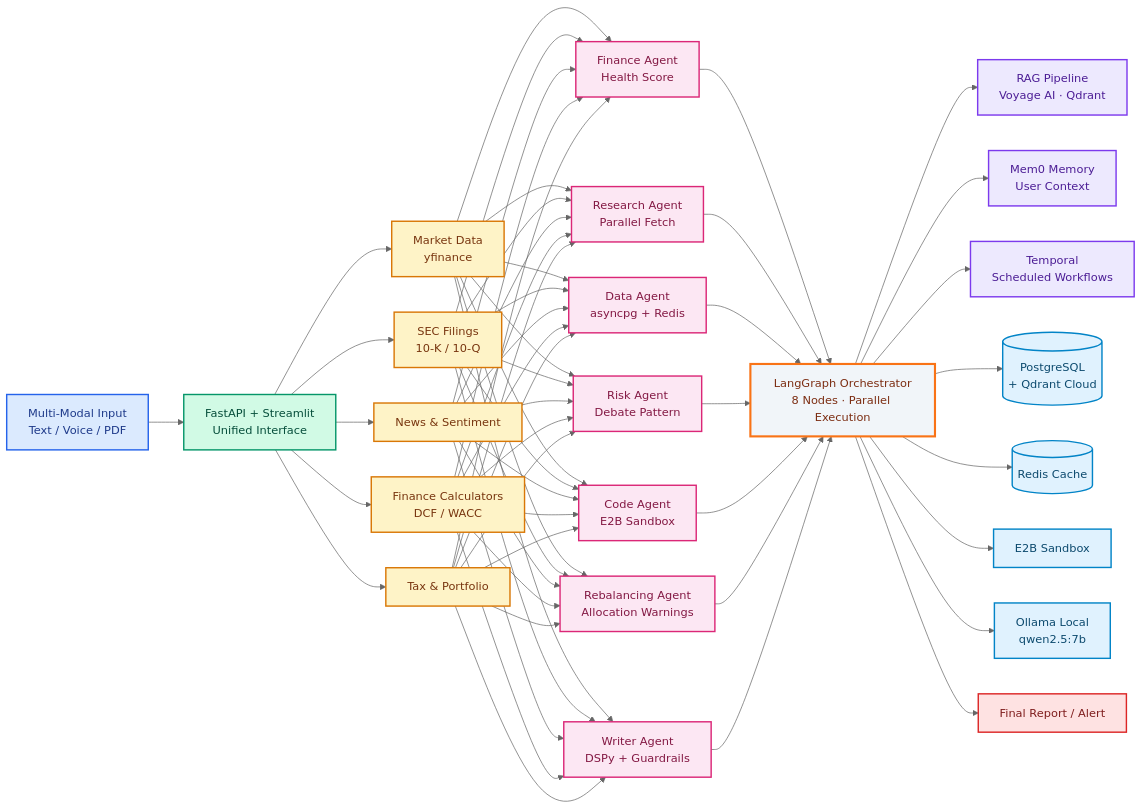
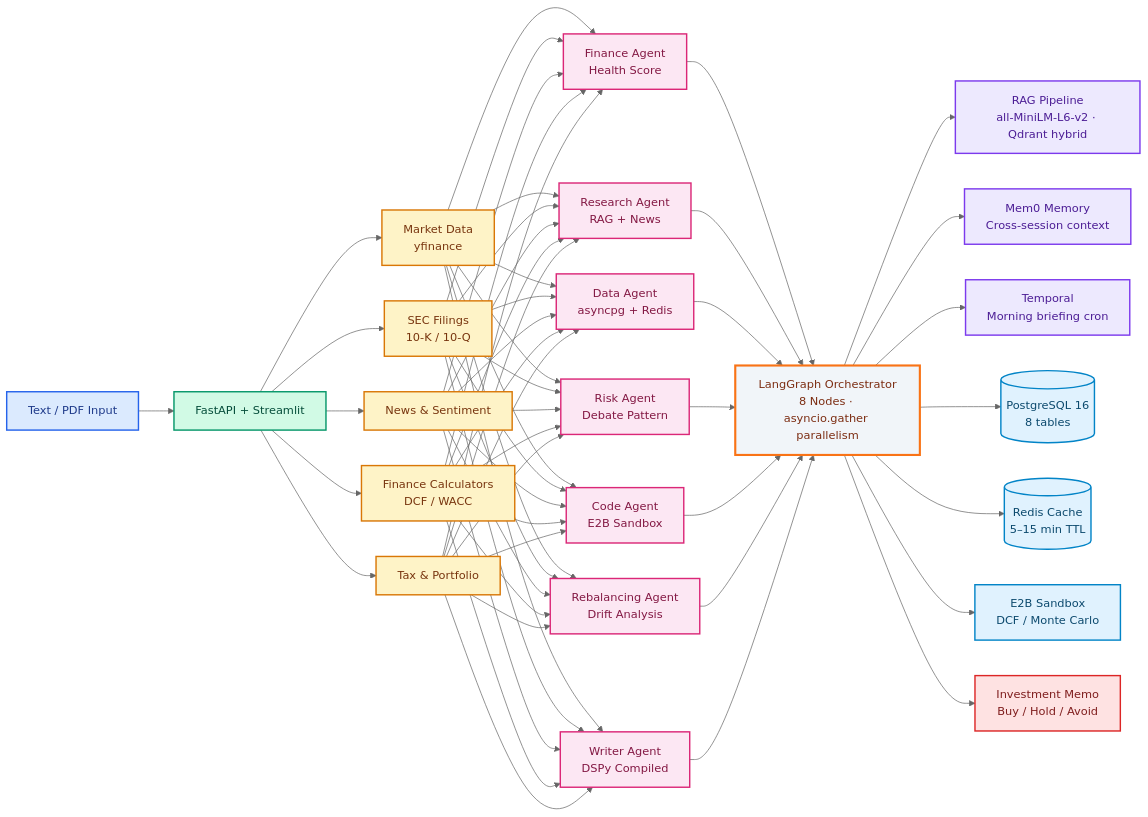
The diagram in README.md (AmanDataGuy/WealthOS), drawn with Mermaid (neutral theme) before and after one commit. The commit also changed other lines of this file, not shown here.

````diff
--- a/README.md
+++ b/README.md
@@ -31,48 +30,39 @@
 ```mermaid
 flowchart LR
-    %% Color Classes for Beautification
     classDef input fill:#dbeafe,stroke:#2563eb,stroke-width:2px,color:#1e3a8a
     classDef interface fill:#d1fae5,stroke:#059669,stroke-width:2px,color:#064e3b
     classDef mcp fill:#fef3c7,stroke:#d97706,stroke-width:2px,color:#78350f
     classDef agent fill:#fce7f3,stroke:#db2777,stroke-width:2px,color:#831843
     classDef orch fill:#f1f5f9,stroke:#f97316,stroke-width:3px,color:#7c2d12
     classDef intel fill:#ede9fe,stroke:#7c3aed,stroke-width:2px,color:#4c1d95
     classDef data fill:#e0f2fe,stroke:#0284c7,stroke-width:2px,color:#0c4a6e
     classDef output fill:#fee2e2,stroke:#dc2626,stroke-width:2px,color:#7f1d1d
 
-    %% Row 1: Input and Interface
-    Input[Multi-Modal Input<br>Text / Voice / PDF]:::input --> FastAPI[FastAPI + Streamlit<br>Unified Interface]:::interface
+    Input[Text / PDF Input]:::input --> FastAPI[FastAPI + Streamlit]:::interface
 
-    %% Row 2: MCP Servers (Horizontal)
     FastAPI --> M1[Market Data<br>yfinance]:::mcp
     FastAPI --> M2[SEC Filings<br>10-K / 10-Q]:::mcp
     FastAPI --> M3[News & Sentiment]:::mcp
     FastAPI --> M4[Finance Calculators<br>DCF / WACC]:::mcp
     FastAPI --> M5[Tax & Portfolio]:::mcp
 
-    %% Row 3: 7 Agents (Horizontal)
     M1 & M2 & M3 & M4 & M5 --> A1[Finance Agent<br>Health Score]:::agent
-    M1 & M2 & M3 & M4 & M5 --> A2[Research Agent<br>Parallel Fetch]:::agent
+    M1 & M2 & M3 & M4 & M5 --> A2[Research Agent<br>RAG + News]:::agent
     M1 & M2 & M3 & M4 & M5 --> A3[Data Agent<br>asyncpg + Redis]:::agent
     M1 & M2 & M3 & M4 & M5 --> A4[Risk Agent<br>Debate Pattern]:::agent
     M1 & M2 & M3 & M4 & M5 --> A5[Code Agent<br>E2B Sandbox]:::agent
-    M1 & M2 & M3 & M4 & M5 --> A6[Rebalancing Agent<br>Allocation Warnings]:::agent
-    M1 & M2 & M3 & M4 & M5 --> A7[Writer Agent<br>DSPy + Guardrails]:::agent
+    M1 & M2 & M3 & M4 & M5 --> A6[Rebalancing Agent<br>Drift Analysis]:::agent
+    M1 & M2 & M3 & M4 & M5 --> A7[Writer Agent<br>DSPy Compiled]:::agent
 
-    %% Row 4: Orchestrator
-    A1 & A2 & A3 & A4 & A5 & A6 & A7 --> Orchestrator[LangGraph Orchestrator<br>8 Nodes · Parallel Execution]:::orch
+    A1 & A2 & A3 & A4 & A5 & A6 & A7 --> Orchestrator[LangGraph Orchestrator<br>8 Nodes · asyncio.gather parallelism]:::orch
 
-    %% Row 5: Intelligence Layer (Horizontal)
-    Orchestrator --> RAG[RAG Pipeline<br>Voyage AI · Qdrant]:::intel
-    Orchestrator --> Mem0[Mem0 Memory<br>User Context]:::intel
-    Orchestrator --> Temporal[Temporal<br>Scheduled Workflows]:::intel
+    Orchestrator --> RAG[RAG Pipeline<br>all-MiniLM-L6-v2 · Qdrant hybrid]:::intel
+    Orchestrator --> Mem0[Mem0 Memory<br>Cross-session context]:::intel
+    Orchestrator --> Temporal[Temporal<br>Morning briefing cron]:::intel
 
-    %% Row 6: Data Layer (Horizontal)
-    Orchestrator --> DB[(PostgreSQL<br>+ Qdrant Cloud)]:::data
-    Orchestrator --> Cache[(Redis Cache)]:::data
-    Orchestrator --> Sandbox[E2B Sandbox]:::data
-    Orchestrator --> Ollama[Ollama Local<br>qwen2.5:7b]:::data
+    Orchestrator --> DB[(PostgreSQL 16<br>8 tables)]:::data
+    Orchestrator --> Cache[(Redis Cache<br>5–15 min TTL)]:::data
+    Orchestrator --> Sandbox[E2B Sandbox<br>DCF / Monte Carlo]:::data
 
-    %% Row 7: Output
-    Orchestrator --> Output[Final Report / Alert]:::output
+    Orchestrator --> Output[Investment Memo<br>Buy / Hold / Avoid]:::output
 ```
````
